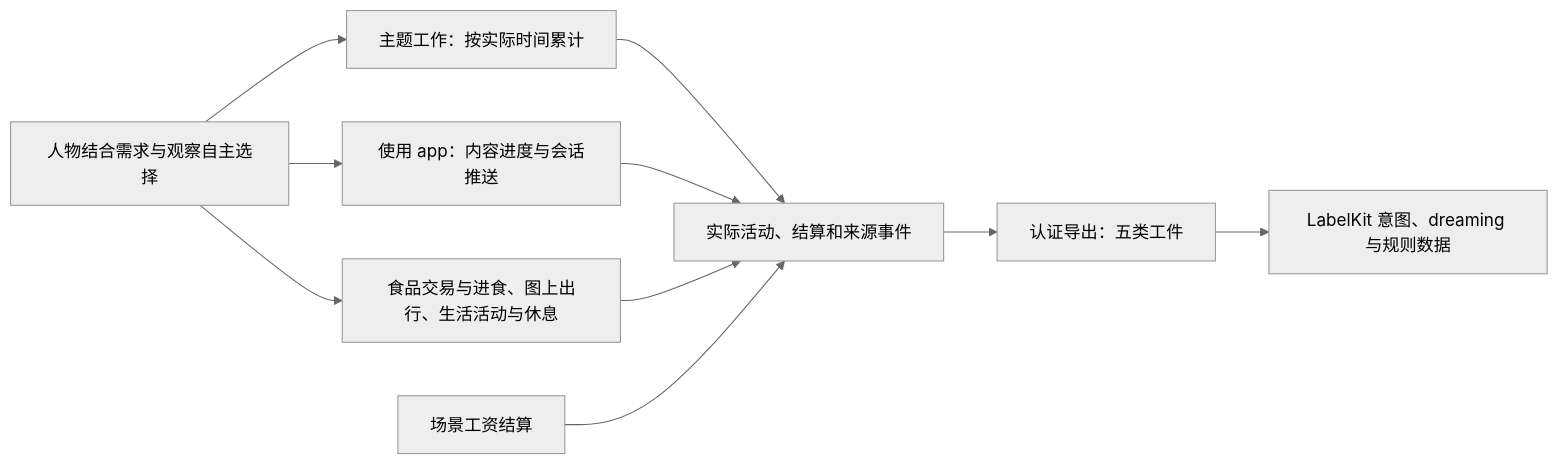
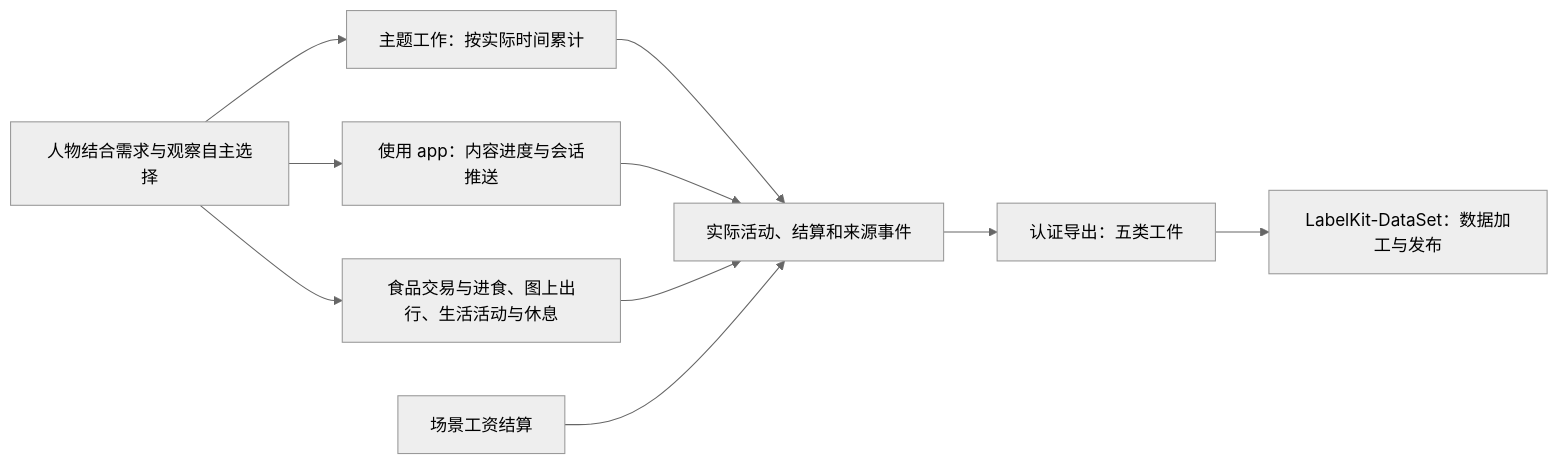
One commit to HoldThatThgt/WorldMock changed the third of 4 diagrams in docs/ARCHITECTURE.md. Above: the diagram before and after it, drawn with Mermaid (neutral theme). The commit also changed other lines of this file and 183 other files, not shown here.

````diff
--- a/docs/ARCHITECTURE.md
+++ b/docs/ARCHITECTURE.md
@@ -207,12 +207,12 @@
 ```mermaid
 flowchart LR
     PERSON[人物结合需求与观察自主选择] --> WORK[主题工作：按实际时间累计]
     PERSON --> APP[使用 app：内容进度与会话推送]
     PERSON --> LIFE[食品交易与进食、图上出行、生活活动与休息]
     WORK --> EVENTS[实际活动、结算和来源事件]
     APP --> EVENTS
     LIFE --> EVENTS
     WAGES[场景工资结算] --> EVENTS
     EVENTS --> EXPORT[认证导出：五类工件]
-    EXPORT --> DATA[LabelKit 意图、dreaming 与规则数据]
+    EXPORT --> DATA[LabelKit-DataSet：数据加工与发布]
 ```
````
